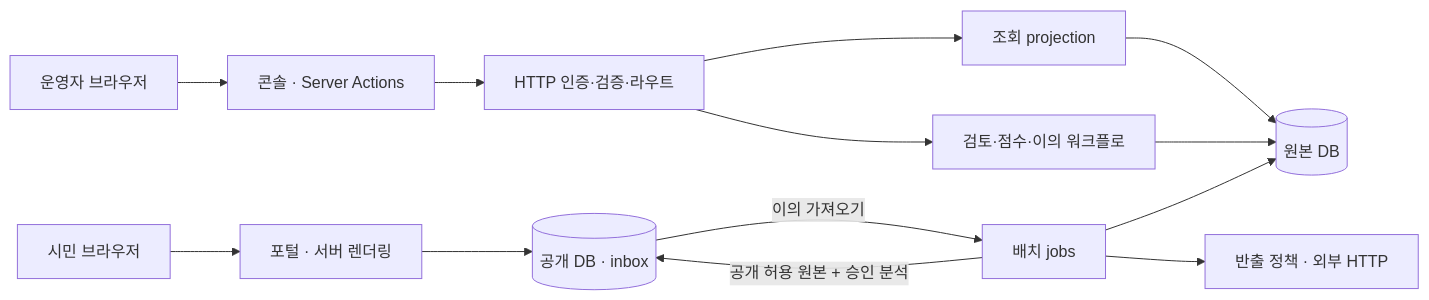
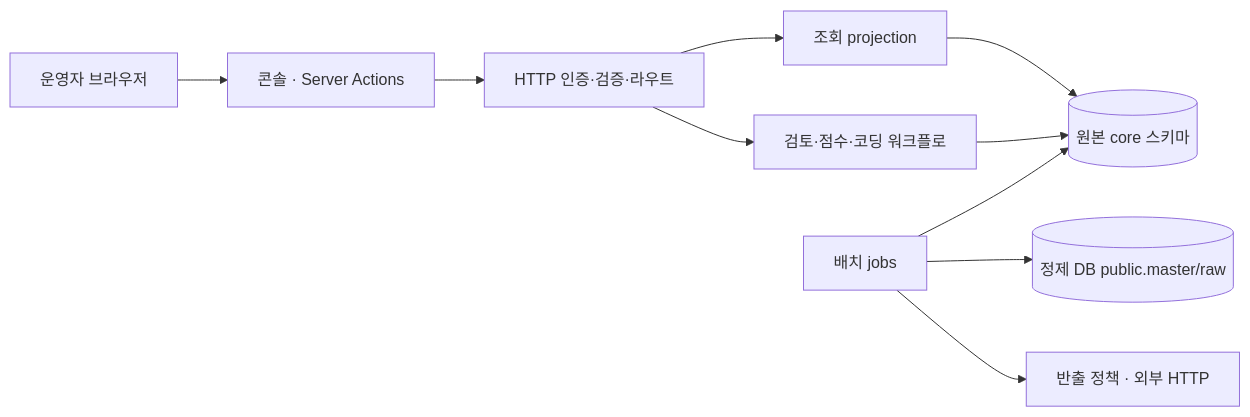
The diagram in docs/ARCHITECTURE.md (sj00c/bluebird), drawn with Mermaid before and after one commit. The commit also changed other lines of this file and 209 other files, not shown here.

````diff
--- a/docs/ARCHITECTURE.md
+++ b/docs/ARCHITECTURE.md
@@ -22,15 +21,12 @@
 ```mermaid
 flowchart LR
-  Citizen[시민 브라우저] --> Portal[포털 · 서버 렌더링]
   Operator[운영자 브라우저] --> Console[콘솔 · Server Actions]
   Console --> API[HTTP 인증·검증·라우트]
   API --> Read[조회 projection]
-  API --> Domain[검토·점수·이의 워크플로]
-  Read --> Core[(원본 DB)]
+  API --> Domain[검토·점수·코딩 워크플로]
+  Read --> Core[(원본 core 스키마)]
   Domain --> Core
-  Portal --> Public[(공개 DB · inbox)]
   Jobs[배치 jobs] --> Core
-  Jobs -->|공개 허용 원본 + 승인 분석| Public
-  Public -->|이의 가져오기| Jobs
+  Jobs --> Master[(정제 DB public.master/raw)]
   Jobs --> Egress[반출 정책 · 외부 HTTP]
 ```
````
